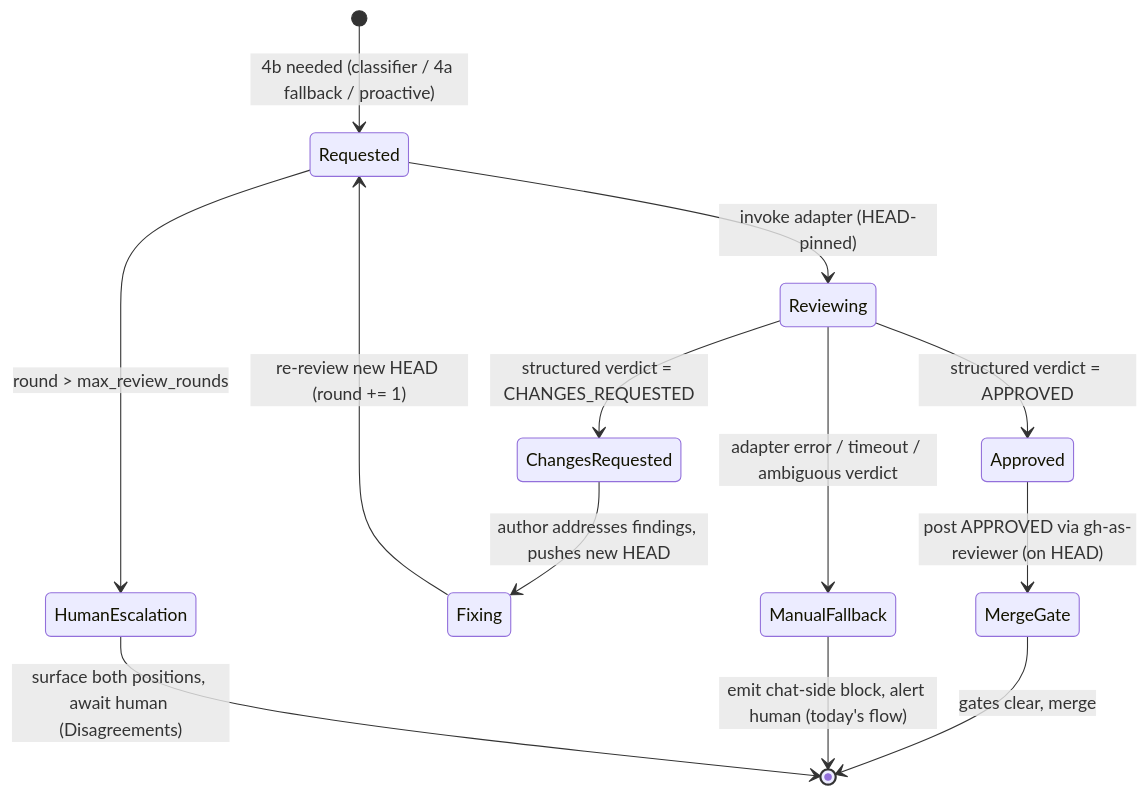
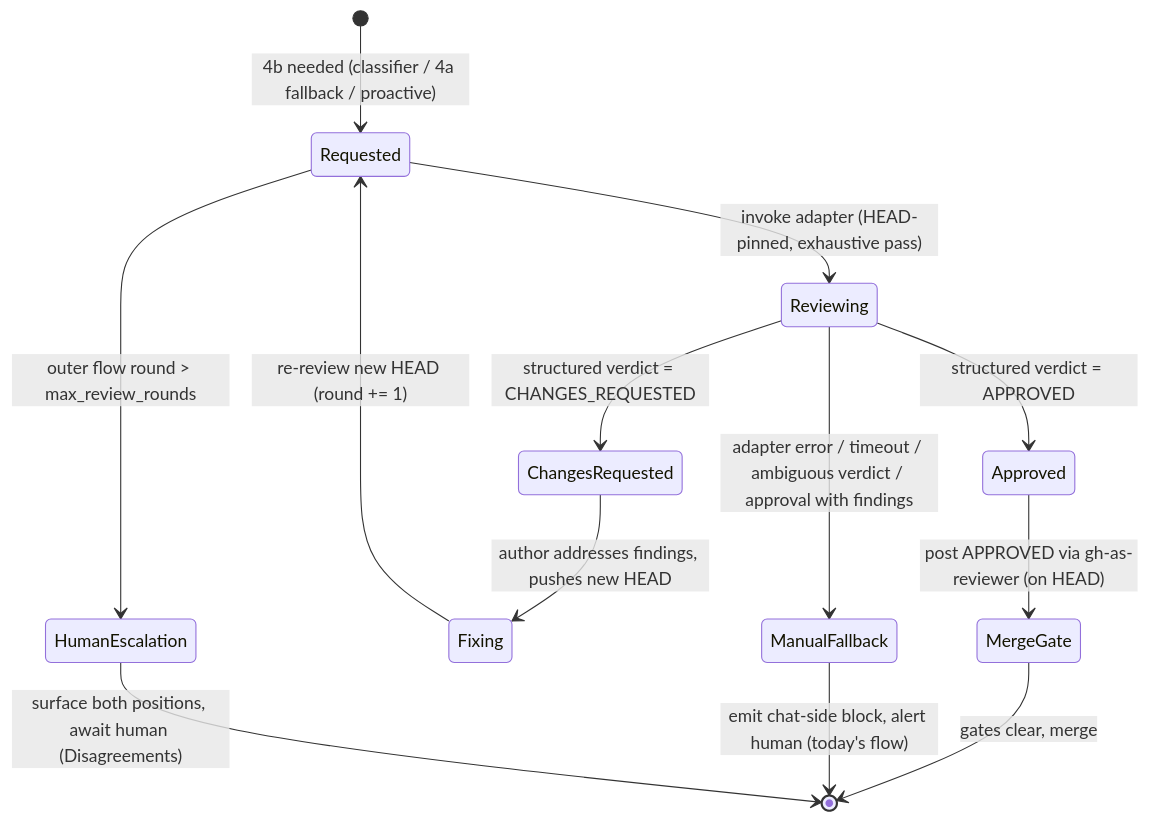
The sixth of 6 diagrams in plans/automated-phase-4b-handoff.md (nathanjohnpayne/mergepath), drawn with Mermaid before and after one commit. The commit also changed other lines of this file and 9 other files, not shown here.

````diff
--- a/plans/automated-phase-4b-handoff.md
+++ b/plans/automated-phase-4b-handoff.md
@@ -342,15 +354,15 @@
 ```mermaid
 stateDiagram-v2
     [*] --> Requested: 4b needed (classifier / 4a fallback / proactive)
-    Requested --> Reviewing: invoke adapter (HEAD-pinned)
+    Requested --> Reviewing: invoke adapter (HEAD-pinned, exhaustive pass)
     Reviewing --> Approved: structured verdict = APPROVED
     Reviewing --> ChangesRequested: structured verdict = CHANGES_REQUESTED
-    Reviewing --> ManualFallback: adapter error / timeout / ambiguous verdict
+    Reviewing --> ManualFallback: adapter error / timeout / ambiguous verdict / approval with findings
     ChangesRequested --> Fixing: author addresses findings, pushes new HEAD
     Fixing --> Requested: re-review new HEAD (round += 1)
-    Requested --> HumanEscalation: round > max_review_rounds
+    Requested --> HumanEscalation: outer flow round > max_review_rounds
     Approved --> MergeGate: post APPROVED via gh-as-reviewer (on HEAD)
     MergeGate --> [*]: gates clear, merge
     ManualFallback --> [*]: emit chat-side block, alert human (today's flow)
     HumanEscalation --> [*]: surface both positions, await human (Disagreements)
 ```
````
